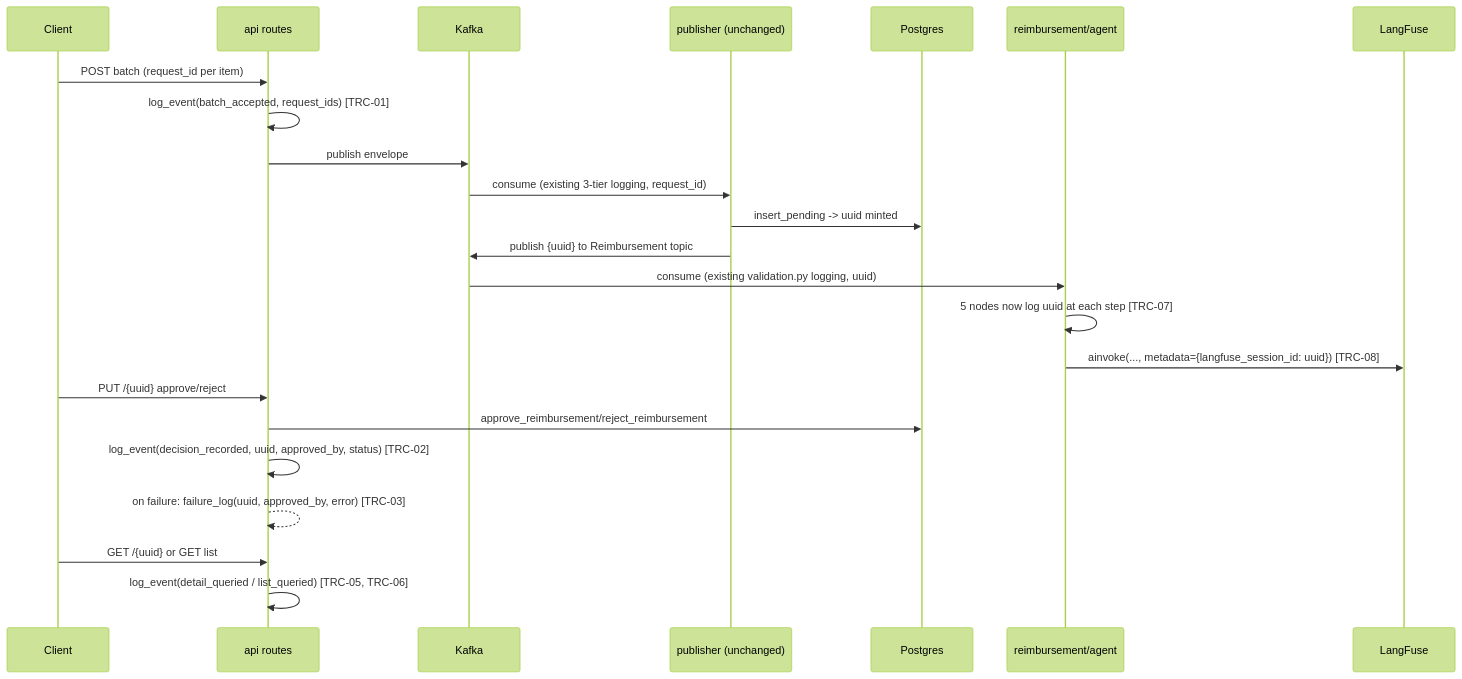
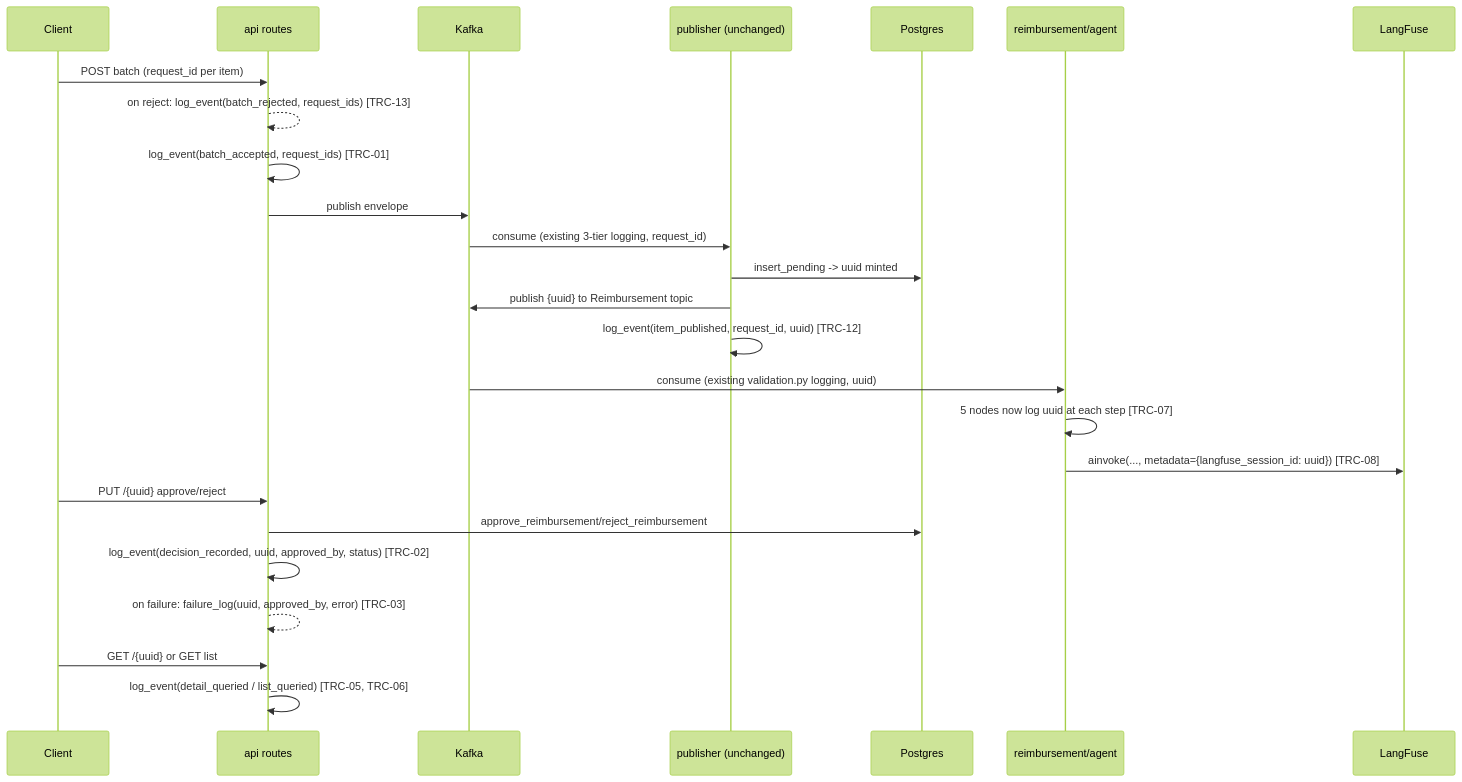
One commit to flaviosv/reimbursement-analyzer changed the diagram in .specs/features/traceability-correlation-ids/design.md. Above: the diagram before and after it, drawn with Mermaid (forest theme). The commit also changed other lines of this file and 3 other files, not shown here.

First line of the commit message:
docs(specs): amend traceability-correlation-ids with TRC-12/13, record Verifier PASS

````diff
--- a/.specs/features/traceability-correlation-ids/design.md
+++ b/.specs/features/traceability-correlation-ids/design.md
@@ -21,26 +28,28 @@
 ```mermaid
 sequenceDiagram
     participant Client
     participant API as api routes
     participant Kafka
     participant Pub as publisher (unchanged)
     participant DB as Postgres
     participant Agent as reimbursement/agent
     participant LF as LangFuse
 
     Client->>API: POST batch (request_id per item)
+    API-->>API: on reject: log_event(batch_rejected, request_ids) [TRC-13]
     API->>API: log_event(batch_accepted, request_ids) [TRC-01]
     API->>Kafka: publish envelope
     Kafka->>Pub: consume (existing 3-tier logging, request_id)
     Pub->>DB: insert_pending -> uuid minted
     Pub->>Kafka: publish {uuid} to Reimbursement topic
+    Pub->>Pub: log_event(item_published, request_id, uuid) [TRC-12]
     Kafka->>Agent: consume (existing validation.py logging, uuid)
     Agent->>Agent: 5 nodes now log uuid at each step [TRC-07]
     Agent->>LF: ainvoke(..., metadata={langfuse_session_id: uuid}) [TRC-08]
     Client->>API: PUT /{uuid} approve/reject
     API->>DB: approve_reimbursement/reject_reimbursement
     API->>API: log_event(decision_recorded, uuid, approved_by, status) [TRC-02]
     API-->>API: on failure: failure_log(uuid, approved_by, error) [TRC-03]
     Client->>API: GET /{uuid} or GET list
     API->>API: log_event(detail_queried / list_queried) [TRC-05, TRC-06]
 ```
````
